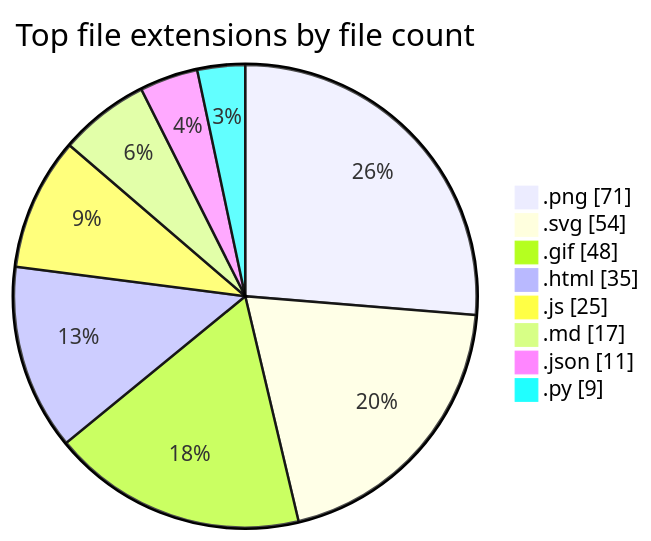
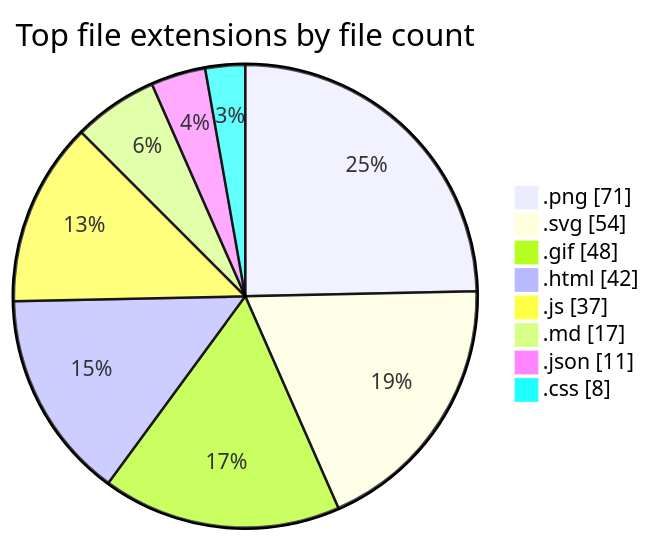
The second of 2 diagrams in README.md (tchinso/tchinso), drawn with Mermaid before and after one commit. The commit also changed other lines of this file, not shown here.

````diff
--- a/README.md
+++ b/README.md
@@ -46,12 +46,12 @@
 ```mermaid
 pie showData
     title Top file extensions by file count
     ".png" : 71
     ".svg" : 54
     ".gif" : 48
-    ".html" : 35
-    ".js" : 25
+    ".html" : 42
+    ".js" : 37
     ".md" : 17
     ".json" : 11
-    ".py" : 9
+    ".css" : 8
 ```
````
